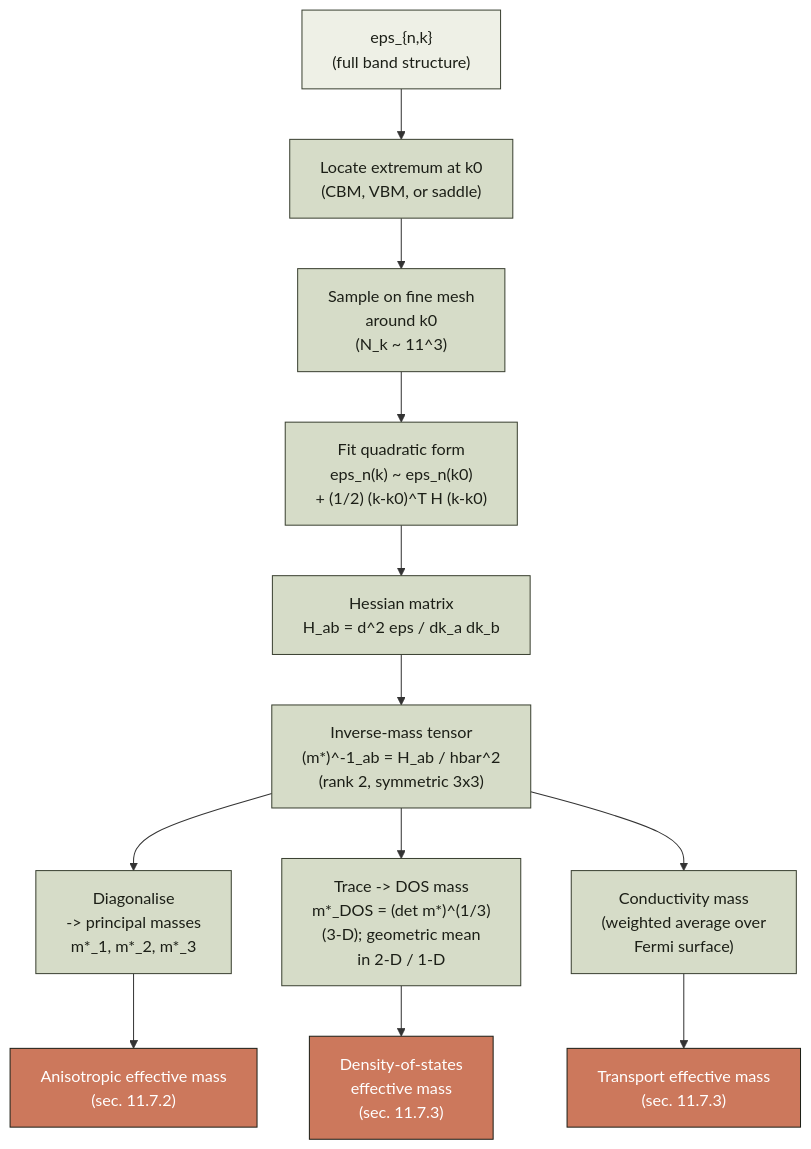
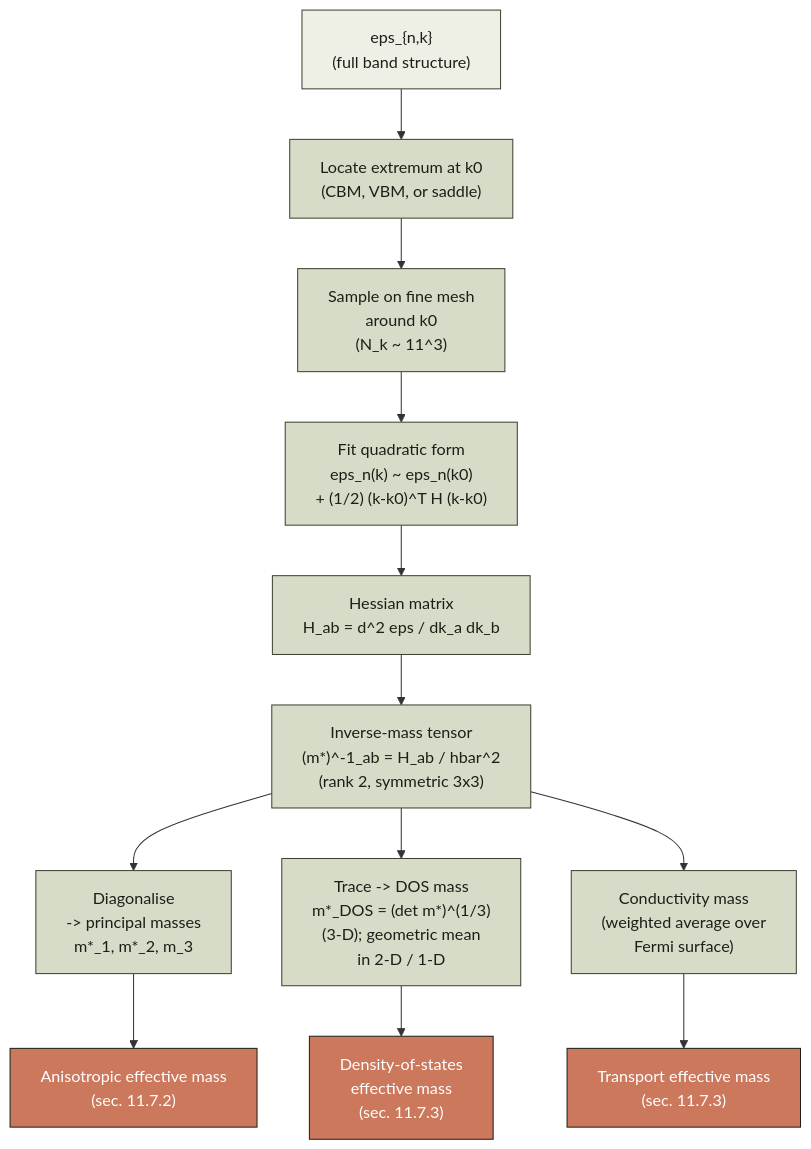
The first of 3 diagrams in dft_notes/chapter_11/00-band-structures.md (Shuvam-Banerji-Seal/DFT-notes), drawn with Mermaid before and after one commit. The commit also changed other lines of this file and 28 other files, not shown here.

````diff
--- a/dft_notes/chapter_11/00-band-structures.md
+++ b/dft_notes/chapter_11/00-band-structures.md
@@ -1170,33 +1170,33 @@
 ```mermaid
 
 %%{init: {'flowchart': {'htmlLabels': true, 'curve': 'basis'}}}%%
 graph TD
   BSE["eps_{n,k}<br/>(full band structure)"] --> PICK["Locate extremum at k0<br/>(CBM, VBM, or saddle)"]
   PICK --> SAMP["Sample on fine mesh<br/>around k0<br/>(N_k ~ 11^3)"]
   SAMP --> FIT["Fit quadratic form<br/>eps_n(k) ~ eps_n(k0)<br/>+ (1/2) (k-k0)^T H (k-k0)"]
   FIT --> HESS["Hessian matrix<br/>H_ab = d^2 eps / dk_a dk_b"]
   HESS --> INV["Inverse-mass tensor<br/>(m*)^-1_ab = H_ab / hbar^2<br/>(rank 2, symmetric 3x3)"]
-  INV --> DIAG["Diagonalise<br/>-> principal masses<br/>m*_1, m*_2, m*_3"]
+  INV --> DIAG["Diagonalise<br/>-> principal masses<br/>m*_1, m*_2, m_3"]
   INV --> TRACE["Trace -> DOS mass<br/>m*_DOS = (det m*)^(1/3)<br/>(3-D); geometric mean<br/>in 2-D / 1-D"]
   INV --> COND["Conductivity mass<br/>(weighted average over<br/>Fermi surface)"]
   DIAG --> OUT1["Anisotropic effective mass<br/>(sec. 11.7.2)"]
   TRACE --> OUT2["Density-of-states<br/>effective mass<br/>(sec. 11.7.3)"]
   COND --> OUT3["Transport effective mass<br/>(sec. 11.7.3)"]
 
   classDef inp fill:#eef0e6,stroke:#3a4031,color:#1c1f17;
   classDef step fill:#d6dcc8,stroke:#3a4031,color:#1c1f17;
   classDef out fill:#cc785c,stroke:#1c1f17,color:#ffffff;
   class BSE inp
   class PICK step
   class SAMP step
   class FIT step
   class HESS step
   class INV step
   class DIAG step
   class TRACE step
   class COND step
   class OUT1 out
   class OUT2 out
   class OUT3 out
 
 ```
````
